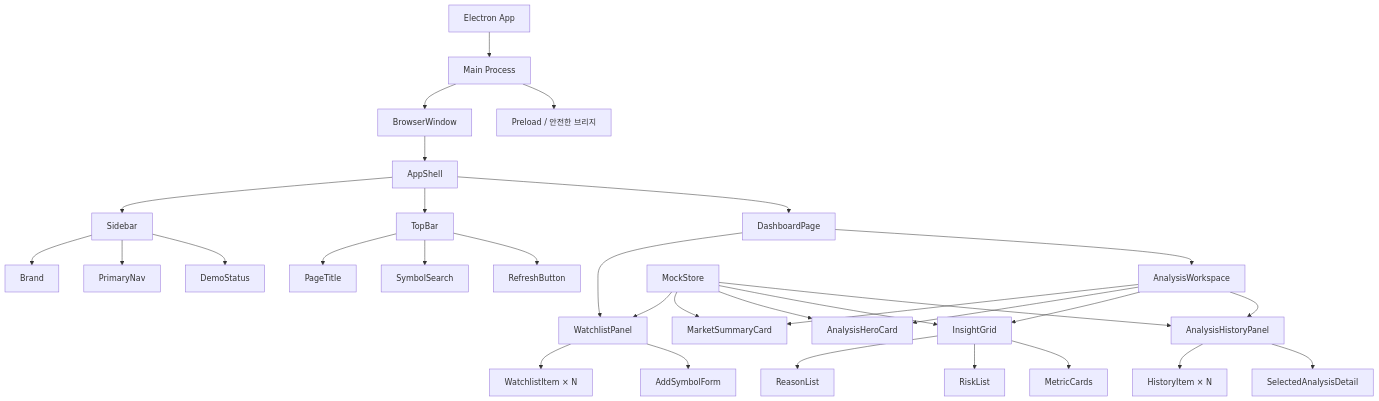
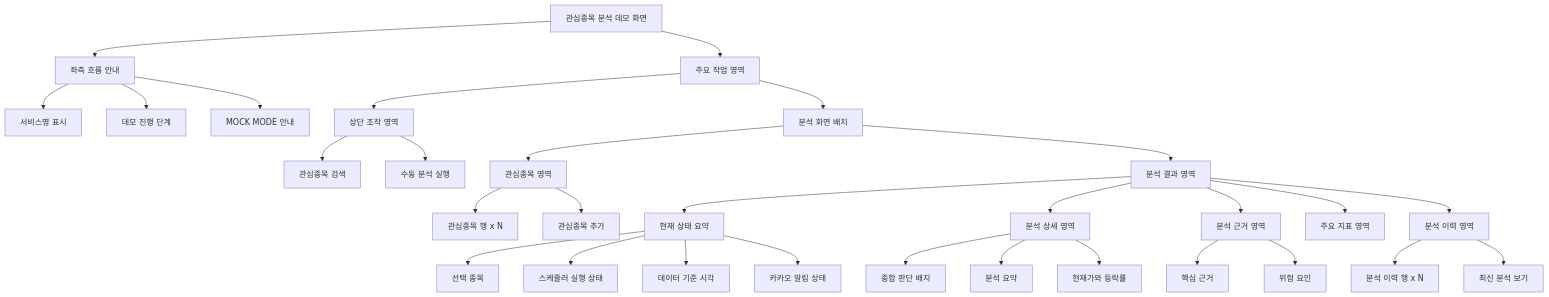
One commit to kysuk05/stock-agent changed the first of 2 diagrams in design/electron_ui_component_design.md. Above: the diagram before and after it, drawn with Mermaid. The commit also changed other lines of this file and 7 other files, not shown here.

Commit message:
Refine Electron UI demo scope

````diff
--- a/design/electron_ui_component_design.md
+++ b/design/electron_ui_component_design.md
@@ -29,42 +62,42 @@
 ```mermaid
 flowchart TB
-    APP["Electron App"] --> MAIN["Main Process"]
-    MAIN --> WIN["BrowserWindow"]
-    MAIN --> PRELOAD["Preload / 안전한 브리지"]
-    WIN --> SHELL["AppShell"]
+    SCREEN["관심종목 분석 데모 화면"] --> SIDE["좌측 흐름 안내"]
+    SCREEN --> MAINVIEW["주요 작업 영역"]
 
-    SHELL --> SIDEBAR["Sidebar"]
-    SHELL --> TOPBAR["TopBar"]
-    SHELL --> DASH["DashboardPage"]
+    SIDE --> BRAND["서비스명 표시"]
+    SIDE --> FLOW["데모 진행 단계"]
+    SIDE --> NOTICE["MOCK MODE 안내"]
 
-    SIDEBAR --> BRAND["Brand"]
-    SIDEBAR --> NAV["PrimaryNav"]
-    SIDEBAR --> STATUS["DemoStatus"]
+    MAINVIEW --> TOP["상단 조작 영역"]
+    MAINVIEW --> GRID["분석 화면 배치"]
 
-    TOPBAR --> TITLE["PageTitle"]
-    TOPBAR --> SEARCH["SymbolSearch"]
-    TOPBAR --> REFRESH["RefreshButton"]
+    TOP --> SEARCH["관심종목 검색"]
+    TOP --> RUN["수동 분석 실행"]
 
-    DASH --> WATCH["WatchlistPanel"]
-    DASH --> CONTENT["AnalysisWorkspace"]
+    GRID --> WATCH["관심종목 영역"]
+    GRID --> WORK["분석 결과 영역"]
 
-    WATCH --> WATCHROW["WatchlistItem × N"]
-    WATCH --> ADD["AddSymbolForm"]
+    WATCH --> WATCH_ITEMS["관심종목 행 x N"]
+    WATCH --> ADD["관심종목 추가"]
 
-    CONTENT --> MARKET["MarketSummaryCard"]
-    CONTENT --> HERO["AnalysisHeroCard"]
-    CONTENT --> GRID["InsightGrid"]
-    CONTENT --> HISTORY["AnalysisHistoryPanel"]
+    WORK --> STATUS["현재 상태 요약"]
+    WORK --> ANALYSIS["분석 상세 영역"]
+    WORK --> INSIGHT["분석 근거 영역"]
+    WORK --> METRICS["주요 지표 영역"]
+    WORK --> HISTORY["분석 이력 영역"]
 
-    GRID --> REASONS["ReasonList"]
-    GRID --> RISKS["RiskList"]
-    GRID --> METRICS["MetricCards"]
-    HISTORY --> HISTORYROW["HistoryItem × N"]
-    HISTORY --> DETAIL["SelectedAnalysisDetail"]
+    STATUS --> SELECTED["선택 종목"]
+    STATUS --> SCHEDULER["스케줄러 실행 상태"]
+    STATUS --> DATA_TIME["데이터 기준 시각"]
+    STATUS --> ALERT["카카오 알림 상태"]
 
-    STORE["MockStore"] --> WATCH
-    STORE --> MARKET
-    STORE --> HERO
-    STORE --> GRID
-    STORE --> HISTORY
+    ANALYSIS --> VERDICT["종합 판단 배지"]
+    ANALYSIS --> SUMMARY["분석 요약"]
+    ANALYSIS --> PRICE["현재가와 등락률"]
+
+    INSIGHT --> REASONS["핵심 근거"]
+    INSIGHT --> RISKS["위험 요인"]
+
+    HISTORY --> HISTORY_ROW["분석 이력 행 x N"]
+    HISTORY --> LATEST["최신 분석 보기"]
 ```
````
